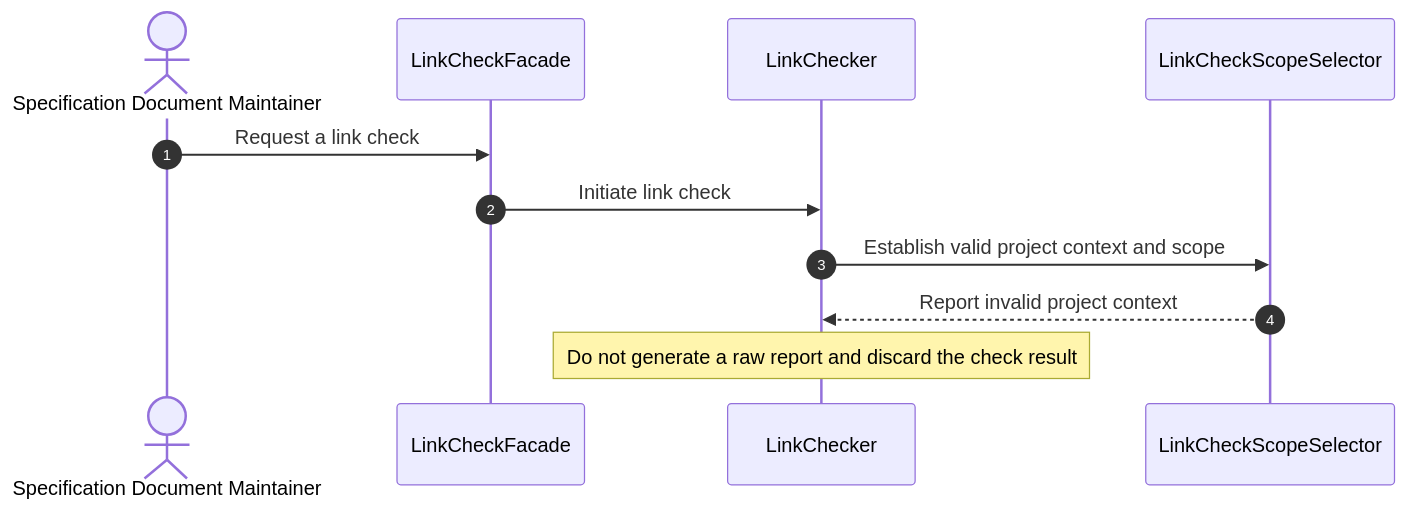
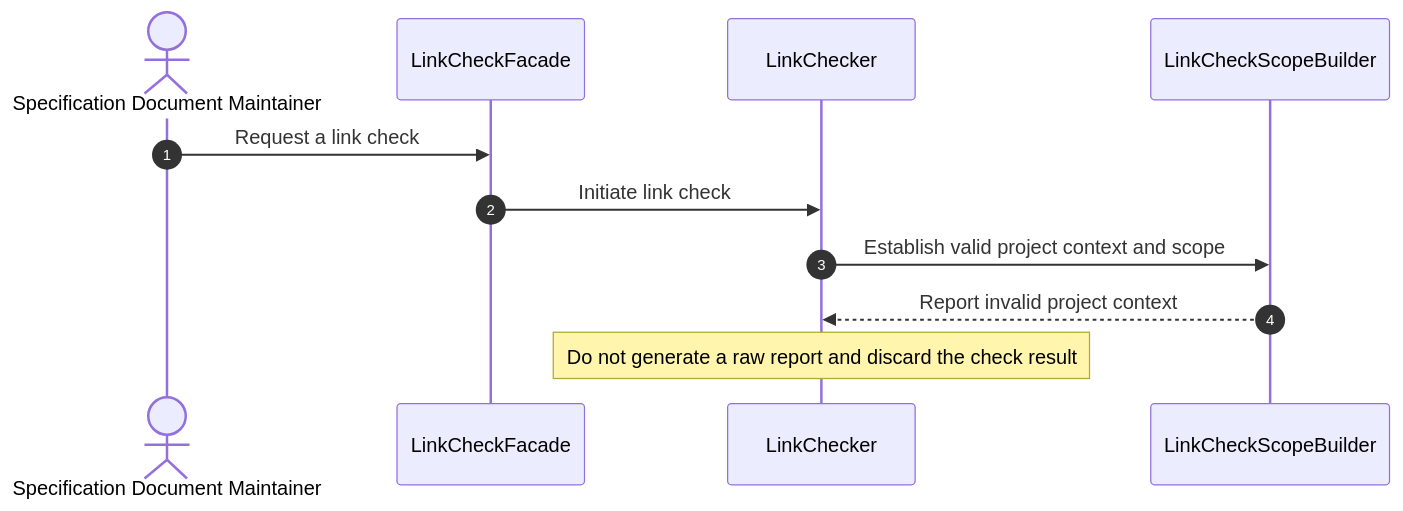
Diagram 37 of 42 in specs/md-linkage/design.md (huang-xiao-jian/bluey), drawn with Mermaid before and after one commit. The commit also changed other lines of this file and 7 other files, not shown here.

Commit message:
docs(md-linkage): define delegation and scope builder

````diff
--- a/specs/md-linkage/design.md
+++ b/specs/md-linkage/design.md
@@ -1242,14 +1102,14 @@
 ```mermaid
 sequenceDiagram
     autonumber
     actor Maintainer as Specification Document Maintainer
     participant Submission as LinkCheckFacade
     participant Check as LinkChecker
-    participant Selection as LinkCheckScopeSelector
+    participant Selection as LinkCheckScopeBuilder
 
     Maintainer->>Submission: Request a link check
     Submission->>Check: Initiate link check
     Check->>Selection: Establish valid project context and scope
     Selection-->>Check: Report invalid project context
     Note over Check: Do not generate a raw report and discard the check result
 ```
````
